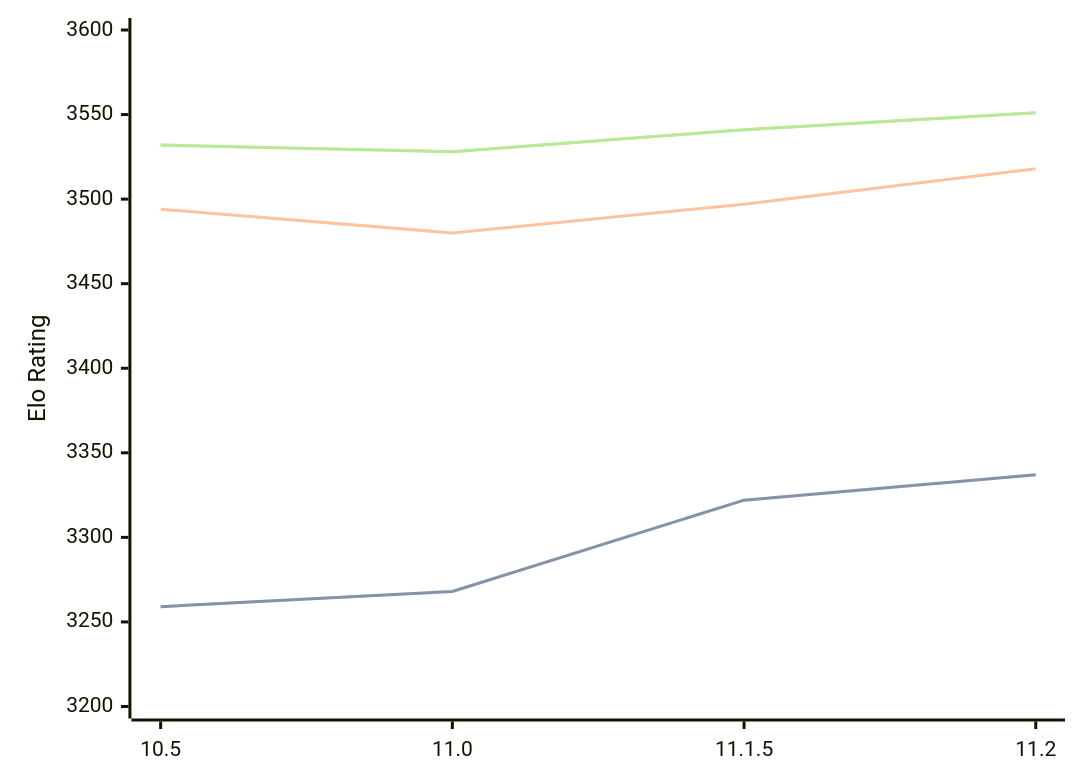
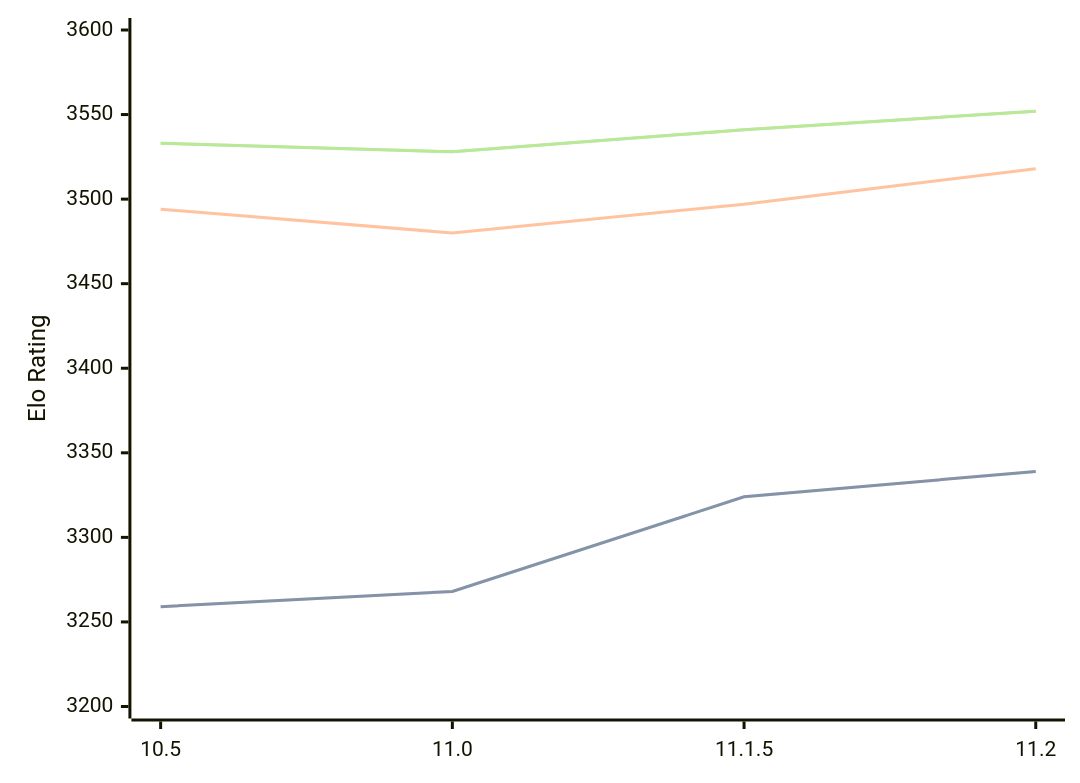
The diagram in engines/Lizard.md (computer-chess-index/cci), drawn with Mermaid before and after one commit. The commit also changed other lines of this file, not shown here.

Commit message:
Update CCI Ratings (ELO VLTC) - 2026-03-14

````diff
--- a/engines/Lizard.md
+++ b/engines/Lizard.md
@@ -44,11 +44,11 @@
 ```mermaid
 %%{init: {"theme":"base","themeVariables":{"seriesColors:['#a3a3a3','#222221','#faa371']}}}%%
 xychart-beta
   x-axis ["10.5", "11.0", "11.1.5", "11.2"]
   y-axis "Elo Rating" 3200 --> 3600
-  line "STC (8.0+0.08s)" [3259, 3268, 3322, 3337]
-  line "STC (8.0+0.08s)" [3259, 3268, 3322, 3337]
+  line "STC (8.0+0.08s)" [3259, 3268, 3324, 3339]
+  line "STC (8.0+0.08s)" [3259, 3268, 3324, 3339]
   line "LTC (60.0+0.60s)" [3494, 3480, 3497, 3518]
-  line "VLTC (2m24s+1.12s)" [3532, 3528, 3541, 3551]
-  line "VLTC (2m24s+1.12s)" [3532, 3528, 3541, 3551]
+  line "VLTC (2m24s+1.12s)" [3533, 3528, 3541, 3552]
+  line "VLTC (2m24s+1.12s)" [3533, 3528, 3541, 3552]
 ```
````
